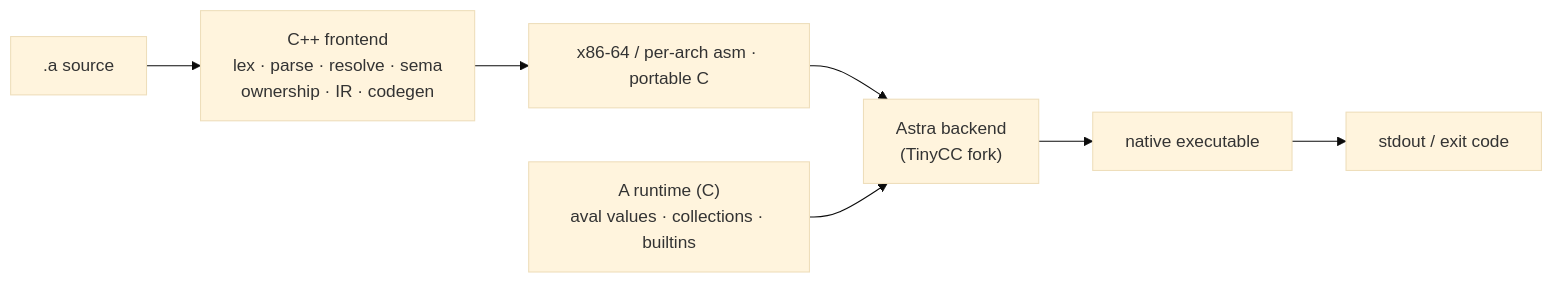
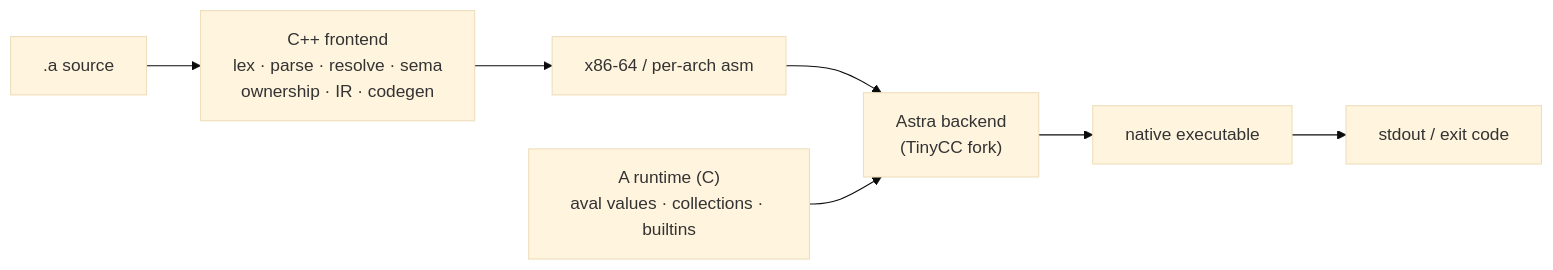
One commit to ALangLabs/A changed the diagram in README.md. Above: the diagram before and after it, drawn with Mermaid (base theme). The commit also changed other lines of this file and 27 other files, not shown here.

````diff
--- a/README.md
+++ b/README.md
@@ -137,9 +138,9 @@
 ```mermaid
 flowchart LR
     src[".a source"] --> fe["C++ frontend<br/>lex · parse · resolve · sema<br/>ownership · IR · codegen"]
-    fe --> s["x86-64 / per-arch asm · portable C"]
+    fe --> s["x86-64 / per-arch asm"]
     s --> astra["Astra backend<br/>(TinyCC fork)"]
     rt["A runtime (C)<br/>aval values · collections · builtins"] --> astra
     astra --> bin["native executable"]
     bin --> out["stdout / exit code"]
 ```
````
